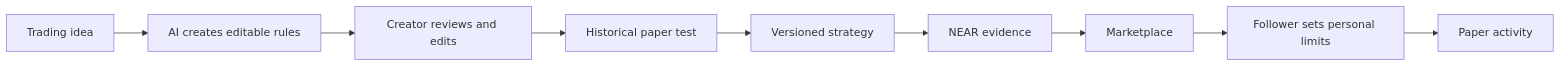
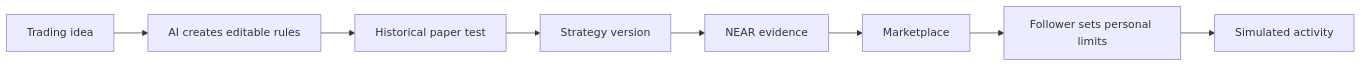
The first of 2 diagrams in README.md (Kunmiesther/quorumark), drawn with Mermaid before and after one commit. The commit also changed other lines of this file and 11 other files, not shown here.

````diff
--- a/README.md
+++ b/README.md
@@ -49,11 +307,10 @@
 ```mermaid
 flowchart LR
-  A[Trading idea] --> B[AI creates editable rules]
-  B --> C[Creator reviews and edits]
-  C --> D[Historical paper test]
-  D --> E[Versioned strategy]
-  E --> F[NEAR evidence]
-  F --> G[Marketplace]
-  G --> H[Follower sets personal limits]
-  H --> I[Paper activity]
+  Idea[Trading idea] --> AI[AI creates editable rules]
+  AI --> Test[Historical paper test]
+  Test --> Version[Strategy version]
+  Version --> Near[NEAR evidence]
+  Near --> Market[Marketplace]
+  Market --> Follow[Follower sets personal limits]
+  Follow --> Paper[Simulated activity]
 ```
````
